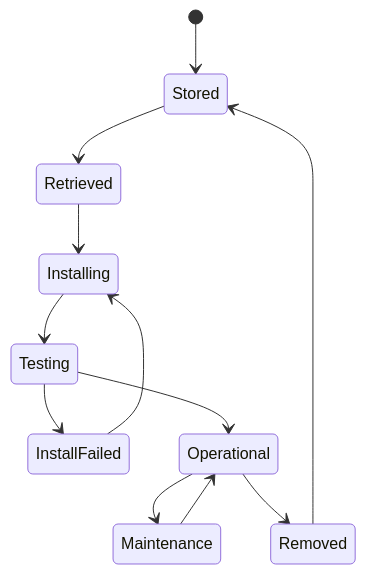
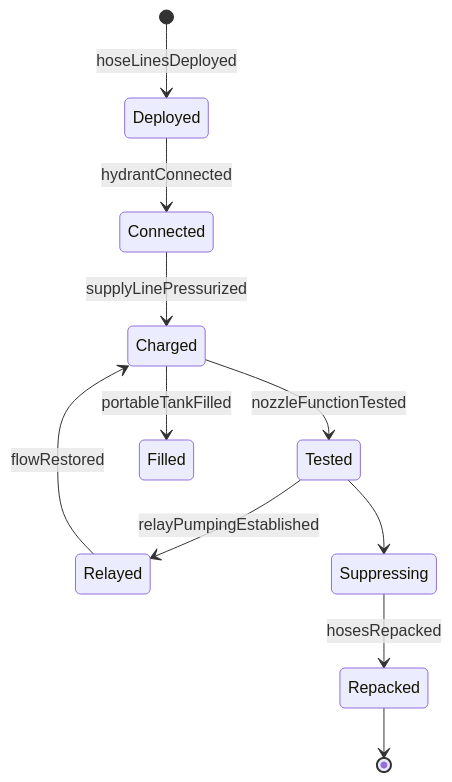
Before and after one commit to dot-org-ai/tasks.org.ai: the second of 4 diagrams in HandlingAndMovingObjects/SetUpEquipment/PrepareHosesWaterSuppliesFight.mdx, drawn with Mermaid. The commit also changed other lines of this file and 515 other files, not shown here.

````diff
--- a/HandlingAndMovingObjects/SetUpEquipment/PrepareHosesWaterSuppliesFight.mdx
+++ b/HandlingAndMovingObjects/SetUpEquipment/PrepareHosesWaterSuppliesFight.mdx
@@ -97,14 +97,13 @@
 ```mermaid
 stateDiagram-v2
-    [*] --> Stored
-    Stored --> Retrieved
-    Retrieved --> Installing
-    Installing --> Testing
-    Testing --> InstallFailed
-    InstallFailed --> Installing
-    Testing --> Operational
-    Operational --> Maintenance
-    Maintenance --> Operational
-    Operational --> Removed
-    Removed --> Stored
+    [*] --> Deployed : hoseLinesDeployed
+    Deployed --> Connected : hydrantConnected
+    Connected --> Charged : supplyLinePressurized
+    Charged --> Tested : nozzleFunctionTested
+    Tested --> Relayed : relayPumpingEstablished
+    Relayed --> Charged : flowRestored
+    Charged --> Filled : portableTankFilled
+    Tested --> Suppressing
+    Suppressing --> Repacked : hosesRepacked
+    Repacked --> [*]
 ```
````
